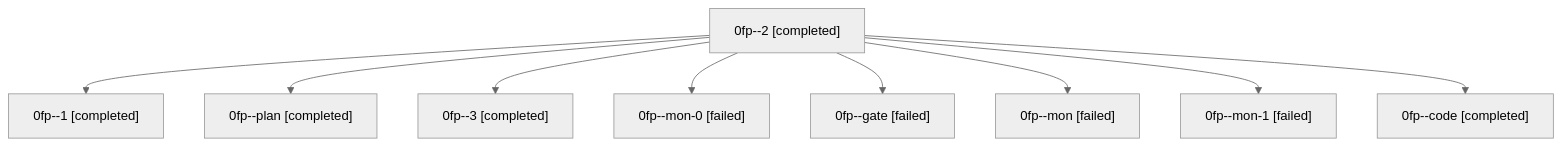
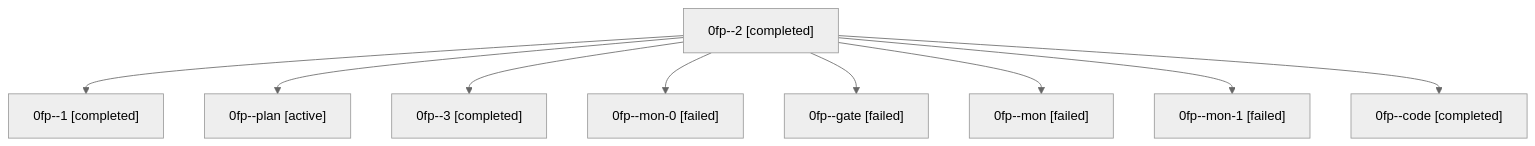
One commit to sase-org/sase--agents changed the diagram in families/bbugyi200.athena.0fp.md. Above: the diagram before and after it, drawn with Mermaid (neutral theme). The commit also changed other lines of this file and 35830 other files, not shown here.

````diff
--- a/families/bbugyi200.athena.0fp.md
+++ b/families/bbugyi200.athena.0fp.md
@@ -9,20 +9,20 @@
 ```mermaid
 flowchart TD
   n0["0fp--2 [completed]"]
   n1["0fp--1 [completed]"]
   n0 --> n1
-  n2["0fp--plan [completed]"]
+  n2["0fp--plan [active]"]
   n0 --> n2
   n3["0fp--3 [completed]"]
   n0 --> n3
   n4["0fp--mon-0 [failed]"]
   n0 --> n4
   n5["0fp--gate [failed]"]
   n0 --> n5
   n6["0fp--mon [failed]"]
   n0 --> n6
   n7["0fp--mon-1 [failed]"]
   n0 --> n7
   n8["0fp--code [completed]"]
   n0 --> n8
 ```
````
